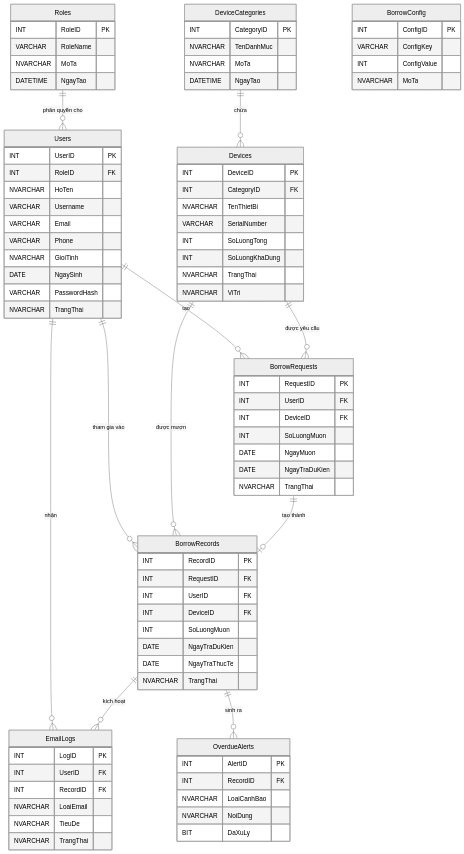
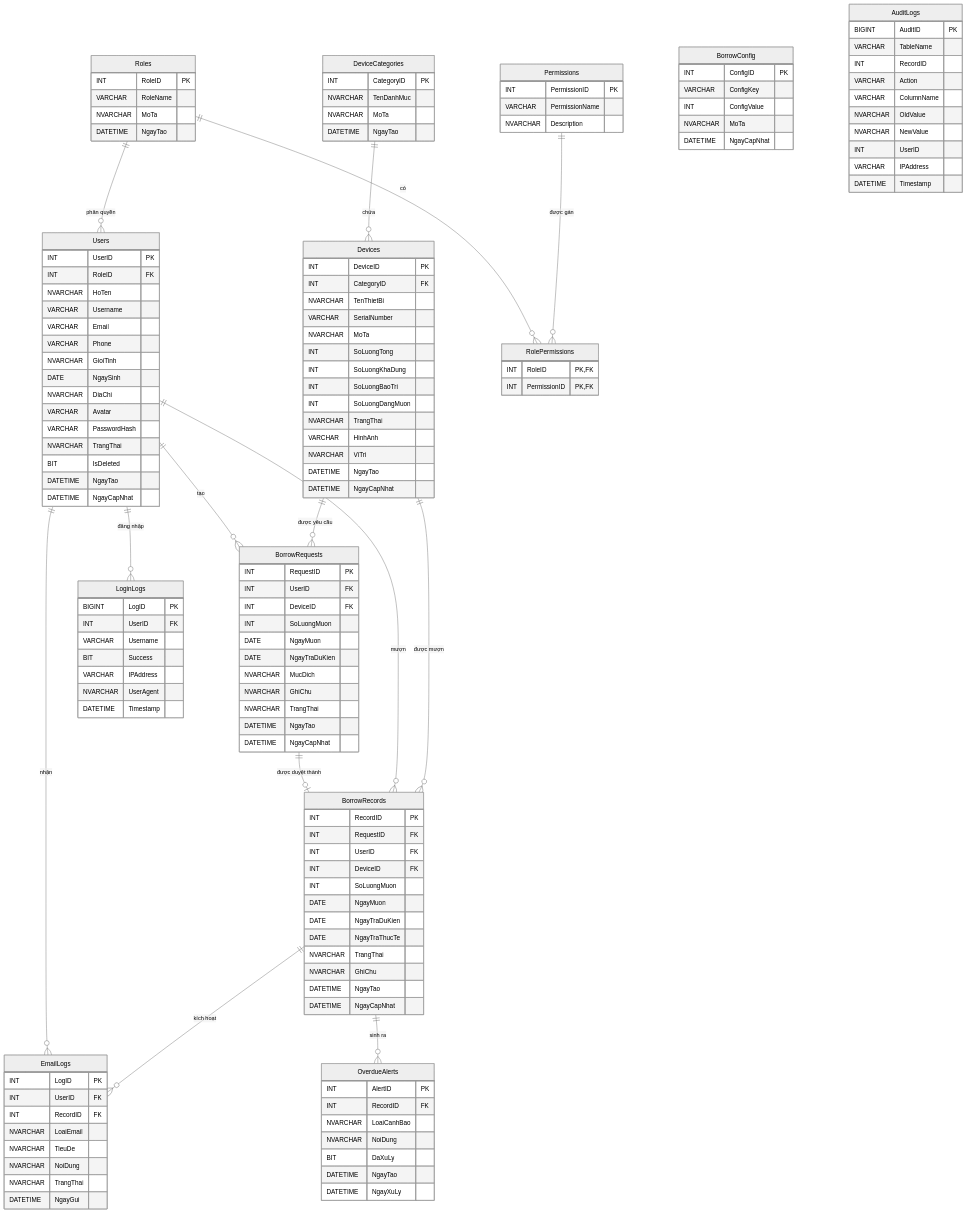
The diagram in Database/erd_diagram.md (KazuTTL/Web_Quanlymuondo), drawn with Mermaid (neutral theme) before and after one commit. The commit also changed other lines of this file and 13 other files, not shown here.

````diff
--- a/Database/erd_diagram.md
+++ b/Database/erd_diagram.md
@@ -5,21 +5,19 @@
 ```mermaid
 erDiagram
-    %% Relationships
-    Roles ||--o{ Users : "phân quyền cho"
+    Roles ||--o{ Users : "phân quyền"
+    DeviceCategories ||--o{ Devices : "chứa"
     Users ||--o{ BorrowRequests : "tạo"
-    Users ||--o{ BorrowRecords : "tham gia vào"
+    Devices ||--o{ BorrowRequests : "được yêu cầu"
+    BorrowRequests ||--o| BorrowRecords : "được duyệt thành"
+    Users ||--o{ BorrowRecords : "mượn"
+    Devices ||--o{ BorrowRecords : "được mượn"
     Users ||--o{ EmailLogs : "nhận"
-    
-    DeviceCategories ||--o{ Devices : "chứa"
-    Devices ||--o{ BorrowRequests : "được yêu cầu"
-    Devices ||--o{ BorrowRecords : "được mượn"
-    
-    BorrowRequests ||--o| BorrowRecords : "tạo thành"
-    
     BorrowRecords ||--o{ EmailLogs : "kích hoạt"
     BorrowRecords ||--o{ OverdueAlerts : "sinh ra"
+    Roles ||--o{ RolePermissions : "có"
+    Permissions ||--o{ RolePermissions : "được gán"
+    Users ||--o{ LoginLogs : "đăng nhập"
 
-    %% Tables
     Roles {
         INT RoleID PK
         VARCHAR RoleName
@@ -36,8 +34,13 @@
         VARCHAR Phone
         NVARCHAR GioiTinh
         DATE NgaySinh
+        NVARCHAR DiaChi
+        VARCHAR Avatar
         VARCHAR PasswordHash
         NVARCHAR TrangThai
+        BIT IsDeleted
+        DATETIME NgayTao
+        DATETIME NgayCapNhat
     }
 
     DeviceCategories {
@@ -52,10 +55,16 @@
         INT CategoryID FK
         NVARCHAR TenThietBi
         VARCHAR SerialNumber
+        NVARCHAR MoTa
         INT SoLuongTong
         INT SoLuongKhaDung
+        INT SoLuongBaoTri
+        INT SoLuongDangMuon
         NVARCHAR TrangThai
+        VARCHAR HinhAnh
         NVARCHAR ViTri
+        DATETIME NgayTao
+        DATETIME NgayCapNhat
     }
 
     BorrowRequests {
@@ -65,7 +74,11 @@
         INT SoLuongMuon
         DATE NgayMuon
         DATE NgayTraDuKien
+        NVARCHAR MucDich
+        NVARCHAR GhiChu
         NVARCHAR TrangThai
+        DATETIME NgayTao
+        DATETIME NgayCapNhat
     }
 
     BorrowRecords {
@@ -74,9 +87,13 @@
         INT UserID FK
         INT DeviceID FK
         INT SoLuongMuon
+        DATE NgayMuon
         DATE NgayTraDuKien
         DATE NgayTraThucTe
         NVARCHAR TrangThai
+        NVARCHAR GhiChu
+        DATETIME NgayTao
+        DATETIME NgayCapNhat
     }
 
     BorrowConfig {
@@ -84,6 +101,7 @@
         VARCHAR ConfigKey
         INT ConfigValue
         NVARCHAR MoTa
+        DATETIME NgayCapNhat
     }
 
     EmailLogs {
@@ -92,7 +110,9 @@
         INT RecordID FK
         NVARCHAR LoaiEmail
         NVARCHAR TieuDe
+        NVARCHAR NoiDung
         NVARCHAR TrangThai
+        DATETIME NgayGui
     }
 
     OverdueAlerts {
@@ -101,5 +121,41 @@
         NVARCHAR LoaiCanhBao
         NVARCHAR NoiDung
         BIT DaXuLy
+        DATETIME NgayTao
+        DATETIME NgayXuLy
+    }
+
+    AuditLogs {
+        BIGINT AuditID PK
+        VARCHAR TableName
+        INT RecordID
+        VARCHAR Action
+        VARCHAR ColumnName
+        NVARCHAR OldValue
+        NVARCHAR NewValue
+        INT UserID
+        VARCHAR IPAddress
+        DATETIME Timestamp
+    }
+
+    Permissions {
+        INT PermissionID PK
+        VARCHAR PermissionName
+        NVARCHAR Description
+    }
+
+    RolePermissions {
+        INT RoleID PK, FK
+        INT PermissionID PK, FK
+    }
+
+    LoginLogs {
+        BIGINT LogID PK
+        INT UserID FK
+        VARCHAR Username
+        BIT Success
+        VARCHAR IPAddress
+        NVARCHAR UserAgent
+        DATETIME Timestamp
     }
 ```
````
